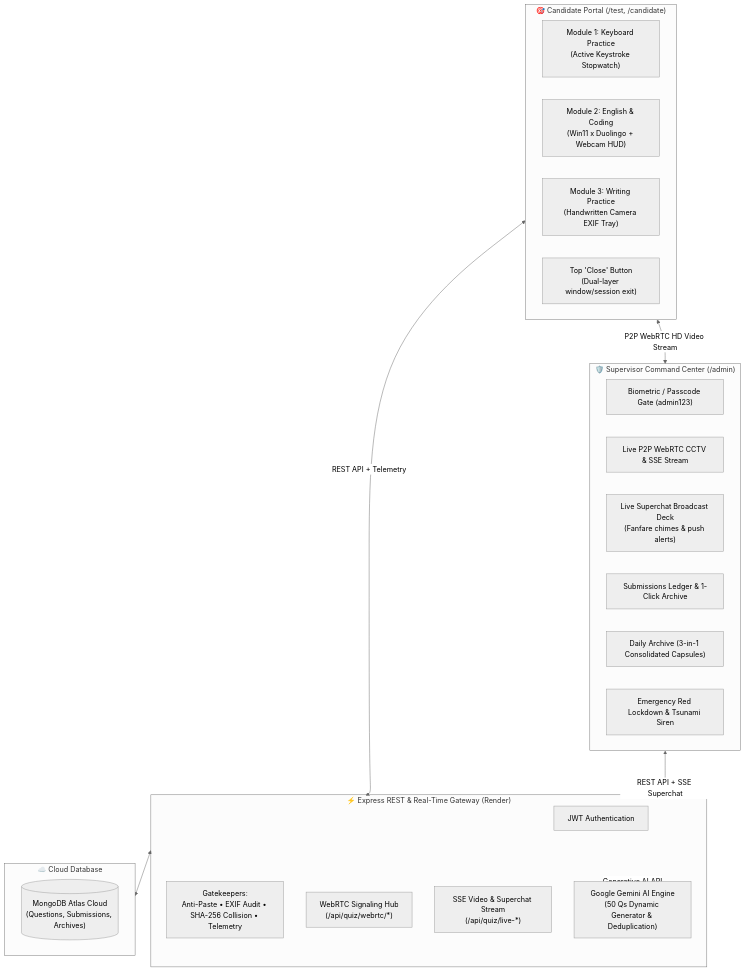
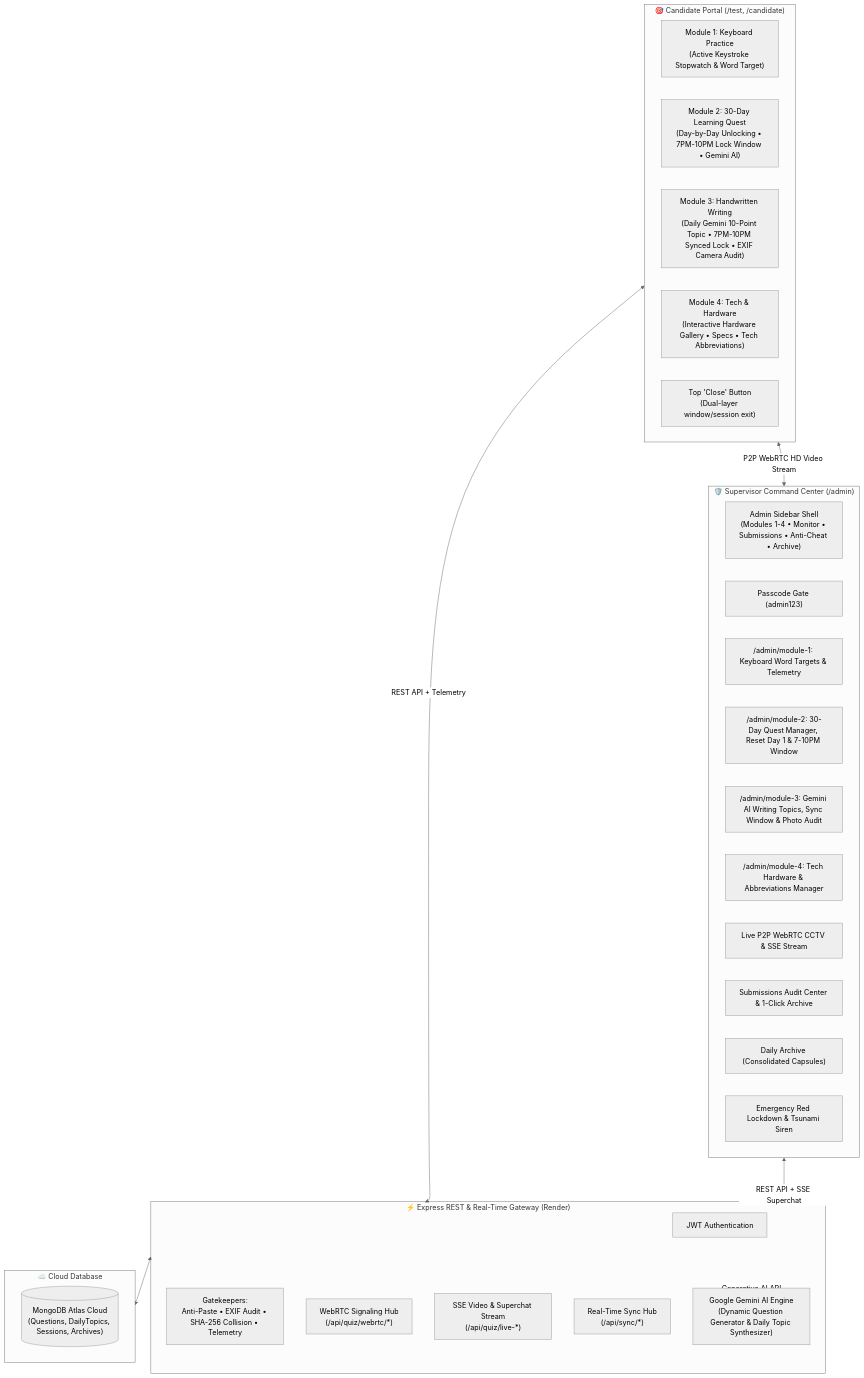
One commit to Maheshwarandev/sentinel-proctor changed the diagram in README.md. Above: the diagram before and after it, drawn with Mermaid (neutral theme). The commit also changed other lines of this file and 53 other files, not shown here.

Commit message:
feat: simplify Module 4 hardware foundations, integrate live Gemini AI engine, and fix router warnings

````diff
--- a/README.md
+++ b/README.md
@@ -32,36 +33,42 @@
 ```mermaid
 flowchart TB
     subgraph CandidateEnclave["🎯 Candidate Portal (/test, /candidate)"]
-        M1["Module 1: Keyboard Practice\n(Active Keystroke Stopwatch)"]
-        M2["Module 2: English & Coding\n(Win11 x Duolingo + Webcam HUD)"]
-        M3["Module 3: Writing Practice\n(Handwritten Camera EXIF Tray)"]
+        M1["Module 1: Keyboard Practice\n(Active Keystroke Stopwatch & Word Target)"]
+        M2["Module 2: 30-Day Learning Quest\n(Day-by-Day Unlocking • 7PM-10PM Lock Window • Gemini AI)"]
+        M3["Module 3: Handwritten Writing\n(Daily Gemini 10-Point Topic • 7PM-10PM Synced Lock • EXIF Camera Audit)"]
+        M4["Module 4: Tech & Hardware\n(Interactive Hardware Gallery • Specs • Tech Abbreviations)"]
         CloseBtn["Top 'Close' Button\n(Dual-layer window/session exit)"]
     end
 
     subgraph BackendGateway["⚡ Express REST & Real-Time Gateway (Render)"]
         Auth["JWT Authentication"]
         Gatekeepers["Gatekeepers:\nAnti-Paste • EXIF Audit • SHA-256 Collision • Telemetry"]
         WebRTC["WebRTC Signaling Hub\n(/api/quiz/webrtc/*)"]
         SSE["SSE Video & Superchat Stream\n(/api/quiz/live-*)"]
-        GeminiService["Google Gemini AI Engine\n(50 Qs Dynamic Generator & Deduplication)"]
+        SyncHub["Real-Time Sync Hub\n(/api/sync/*)"]
+        GeminiService["Google Gemini AI Engine\n(Dynamic Question Generator & Daily Topic Synthesizer)"]
     end
 
     subgraph SupervisorEnclave["🛡️ Supervisor Command Center (/admin)"]
-        AdminAuth["Biometric / Passcode Gate (admin123)"]
+        Sidebar["Admin Sidebar Shell\n(Modules 1-4 • Monitor • Submissions • Anti-Cheat • Archive)"]
+        AdminAuth["Passcode Gate (admin123)"]
+        AdminMod1["/admin/module-1: Keyboard Word Targets & Telemetry"]
+        AdminMod2["/admin/module-2: 30-Day Quest Manager, Reset Day 1 & 7-10PM Window"]
+        AdminMod3["/admin/module-3: Gemini AI Writing Topics, Sync Window & Photo Audit"]
+        AdminMod4["/admin/module-4: Tech Hardware & Abbreviations Manager"]
         CCTV["Live P2P WebRTC CCTV & SSE Stream"]
-        Superchat["Live Superchat Broadcast Deck\n(Fanfare chimes & push alerts)"]
-        Submissions["Submissions Ledger & 1-Click Archive"]
-        Archive["Daily Archive (3-in-1 Consolidated Capsules)"]
+        Submissions["Submissions Audit Center & 1-Click Archive"]
+        Archive["Daily Archive (Consolidated Capsules)"]
         Alarm["Emergency Red Lockdown & Tsunami Siren"]
     end
 
     subgraph CloudStorage["☁️ Cloud Database"]
-        Atlas[("MongoDB Atlas Cloud\n(Questions, Submissions, Archives)")]
+        Atlas[("MongoDB Atlas Cloud\n(Questions, DailyTopics, Sessions, Archives)")]
     end
 
     CandidateEnclave <-->|REST API + Telemetry| BackendGateway
     CandidateEnclave <-->|P2P WebRTC HD Video Stream| SupervisorEnclave
     SupervisorEnclave <-->|REST API + SSE Superchat| BackendGateway
     BackendGateway <--> CloudStorage
     BackendGateway <-->|Generative AI API| GeminiService
 ```
````
